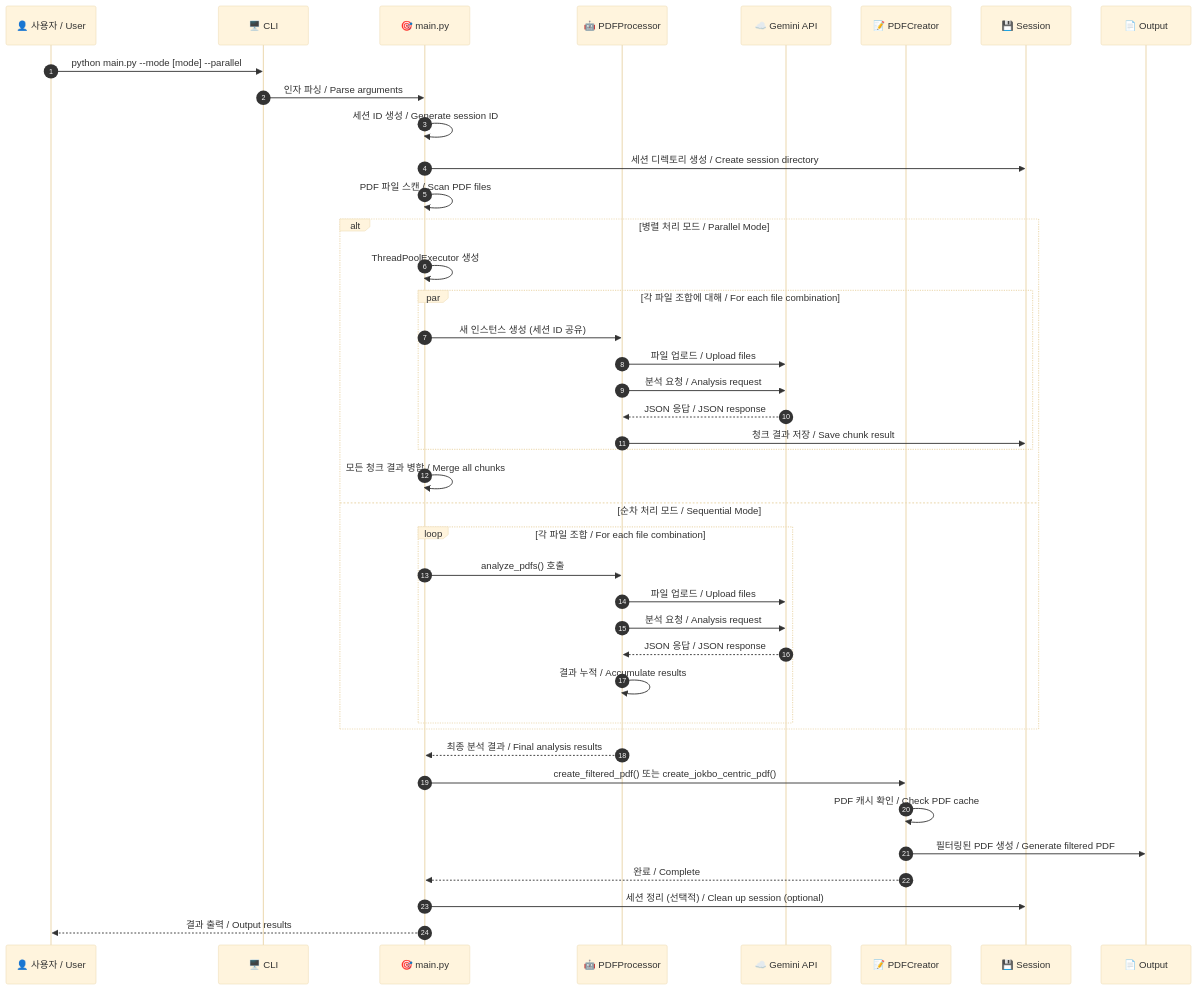
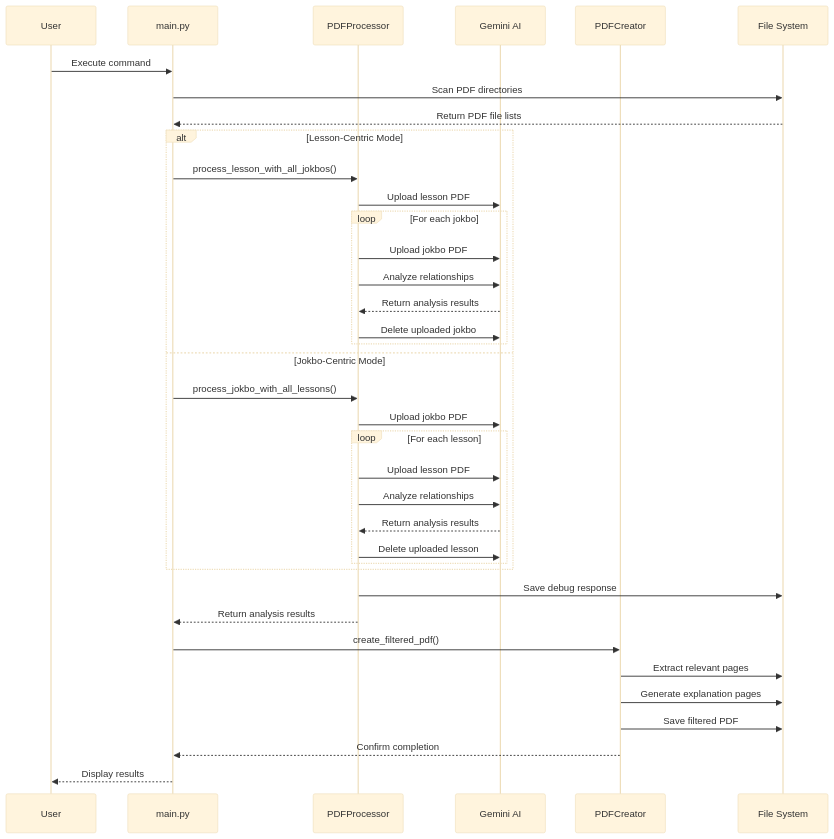
The second of 12 diagrams in architecture.md (ksw6895/jokbodude), drawn with Mermaid (base theme) before and after one commit. The commit also changed other lines of this file and 1 other file, not shown here.

````diff
--- a/architecture.md
+++ b/architecture.md
@@ -266,46 +66,42 @@
 ```mermaid
 sequenceDiagram
-    autonumber
-    participant User as 👤 사용자 / User
-    participant CLI as 🖥️ CLI
-    participant Main as 🎯 main.py
-    participant Processor as 🤖 PDFProcessor
-    participant Gemini as ☁️ Gemini API
-    participant Creator as 📝 PDFCreator
-    participant Session as 💾 Session
-    participant Output as 📄 Output
+    participant User
+    participant CLI as main.py
+    participant PP as PDFProcessor
+    participant API as Gemini AI
+    participant PC as PDFCreator
+    participant FS as File System
     
-    User->>CLI: python main.py --mode [mode] --parallel
-    CLI->>Main: 인자 파싱 / Parse arguments
-    Main->>Main: 세션 ID 생성 / Generate session ID
-    Main->>Session: 세션 디렉토리 생성 / Create session directory
-    Main->>Main: PDF 파일 스캔 / Scan PDF files
+    User->>CLI: Execute command
+    CLI->>FS: Scan PDF directories
+    FS-->>CLI: Return PDF file lists
     
-    alt 병렬 처리 모드 / Parallel Mode
-        Main->>Main: ThreadPoolExecutor 생성
-        par 각 파일 조합에 대해 / For each file combination
-            Main->>Processor: 새 인스턴스 생성 (세션 ID 공유)
-            Processor->>Gemini: 파일 업로드 / Upload files
-            Processor->>Gemini: 분석 요청 / Analysis request
-            Gemini-->>Processor: JSON 응답 / JSON response
-            Processor->>Session: 청크 결과 저장 / Save chunk result
+    alt Lesson-Centric Mode
+        CLI->>PP: process_lesson_with_all_jokbos()
+        PP->>API: Upload lesson PDF
+        loop For each jokbo
+            PP->>API: Upload jokbo PDF
+            PP->>API: Analyze relationships
+            API-->>PP: Return analysis results
+            PP->>API: Delete uploaded jokbo
         end
-        Main->>Main: 모든 청크 결과 병합 / Merge all chunks
-    else 순차 처리 모드 / Sequential Mode
-        loop 각 파일 조합 / For each file combination
-            Main->>Processor: analyze_pdfs() 호출
-            Processor->>Gemini: 파일 업로드 / Upload files
-            Processor->>Gemini: 분석 요청 / Analysis request
-            Gemini-->>Processor: JSON 응답 / JSON response
-            Processor->>Processor: 결과 누적 / Accumulate results
+    else Jokbo-Centric Mode
+        CLI->>PP: process_jokbo_with_all_lessons()
+        PP->>API: Upload jokbo PDF
+        loop For each lesson
+            PP->>API: Upload lesson PDF
+            PP->>API: Analyze relationships
+            API-->>PP: Return analysis results
+            PP->>API: Delete uploaded lesson
         end
     end
     
-    Processor-->>Main: 최종 분석 결과 / Final analysis results
-    Main->>Creator: create_filtered_pdf() 또는 create_jokbo_centric_pdf()
-    Creator->>Creator: PDF 캐시 확인 / Check PDF cache
-    Creator->>Output: 필터링된 PDF 생성 / Generate filtered PDF
-    Creator-->>Main: 완료 / Complete
-    Main->>Session: 세션 정리 (선택적) / Clean up session (optional)
-    Main-->>User: 결과 출력 / Output results
+    PP->>FS: Save debug response
+    PP-->>CLI: Return analysis results
+    CLI->>PC: create_filtered_pdf()
+    PC->>FS: Extract relevant pages
+    PC->>FS: Generate explanation pages
+    PC->>FS: Save filtered PDF
+    PC-->>CLI: Confirm completion
+    CLI-->>User: Display results
 ```
````
